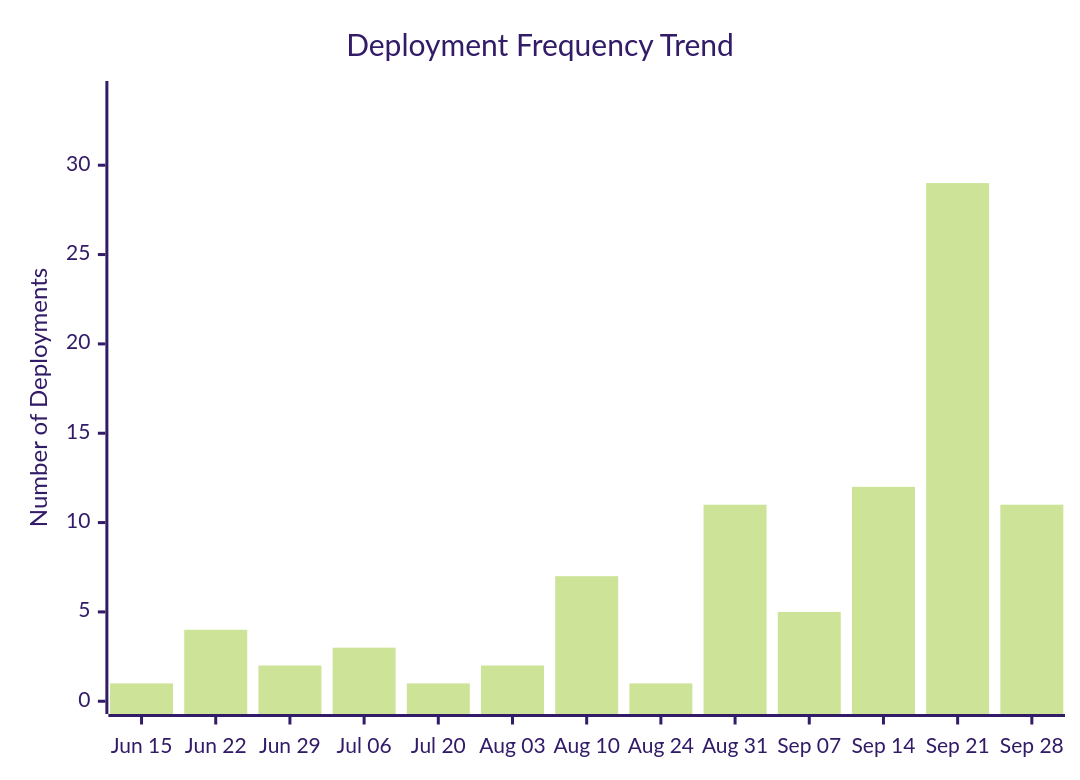
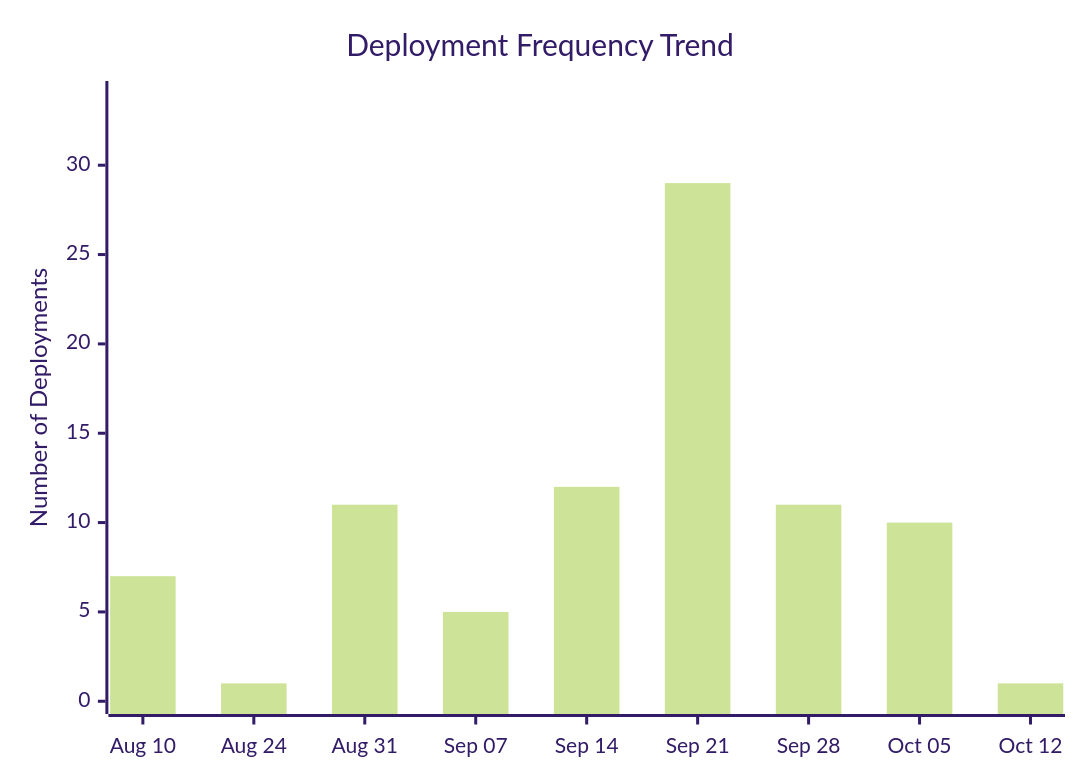
One commit to ukma-cs-ssdm-2025/rate-ukma changed the third of 4 diagrams in docs/ci-cd/dora-summary.md. Above: the diagram before and after it, drawn with Mermaid (forest theme). The commit also changed other lines of this file, not shown here.

````diff
--- a/docs/ci-cd/dora-summary.md
+++ b/docs/ci-cd/dora-summary.md
@@ -55,7 +53,7 @@
 ```mermaid
 xychart-beta
     title "Deployment Frequency Trend"
-    x-axis ["Jun 15", "Jun 22", "Jun 29", "Jul 06", "Jul 20", "Aug 03", "Aug 10", "Aug 24", "Aug 31", "Sep 07", "Sep 14", "Sep 21", "Sep 28"]
+    x-axis ["Aug 10", "Aug 24", "Aug 31", "Sep 07", "Sep 14", "Sep 21", "Sep 28", "Oct 05", "Oct 12"]
     y-axis "Number of Deployments" 0 --> 34
-    bar [1.00, 4.00, 2.00, 3.00, 1.00, 2.00, 7.00, 1.00, 11.00, 5.00, 12.00, 29.00, 11.00]
+    bar [7.00, 1.00, 11.00, 5.00, 12.00, 29.00, 11.00, 10.00, 1.00]
 ```
````
